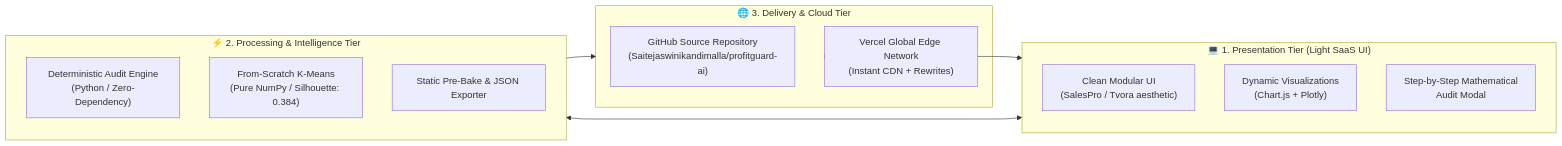
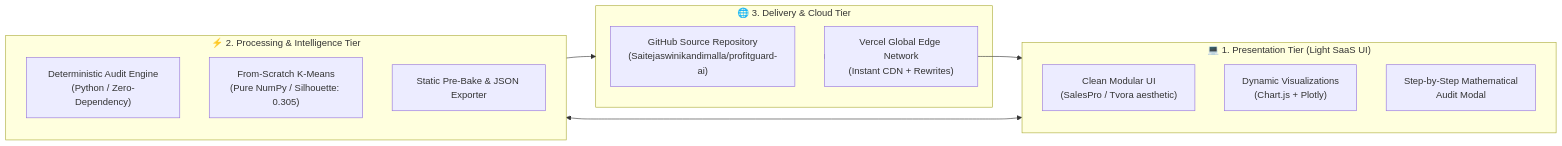
Before and after one commit to Saitejaswinikandimalla/profitguard-ai: the second of 3 diagrams in README.md, drawn with Mermaid. The commit also changed other lines of this file and 3 other files, not shown here.

````diff
--- a/README.md
+++ b/README.md
@@ -67,26 +67,26 @@
 ```mermaid
 flowchart LR
     classDef tier fill:#ffffff,stroke:#64748b,stroke-width:1px,color:#0f172a;
     
     subgraph ClientTier["💻 1. Presentation Tier (Light SaaS UI)"]
         UI["Clean Modular UI<br/>(SalesPro / Tvora aesthetic)"]
         Charts["Dynamic Visualizations<br/>(Chart.js + Plotly)"]
         AuditModal["Step-by-Step Mathematical<br/>Audit Modal"]
     end
 
     subgraph ComputeTier["⚡ 2. Processing & Intelligence Tier"]
         CoreEngine["Deterministic Audit Engine<br/>(Python / Zero-Dependency)"]
-        KMeans["From-Scratch K-Means<br/>(Pure NumPy / Silhouette: 0.384)"]
+        KMeans["From-Scratch K-Means<br/>(Pure NumPy / Silhouette: 0.305)"]
         Export["Static Pre-Bake & JSON Exporter"]
     end
 
     subgraph InfraTier["🌐 3. Delivery & Cloud Tier"]
         GH["GitHub Source Repository<br/>(Saitejaswinikandimalla/profitguard-ai)"]
         VercelEdge["Vercel Global Edge Network<br/>(Instant CDN + Rewrites)"]
     end
 
     ClientTier <--> ComputeTier
     ComputeTier --> InfraTier
     InfraTier --> VercelEdge
     VercelEdge --> ClientTier
 ```
````
